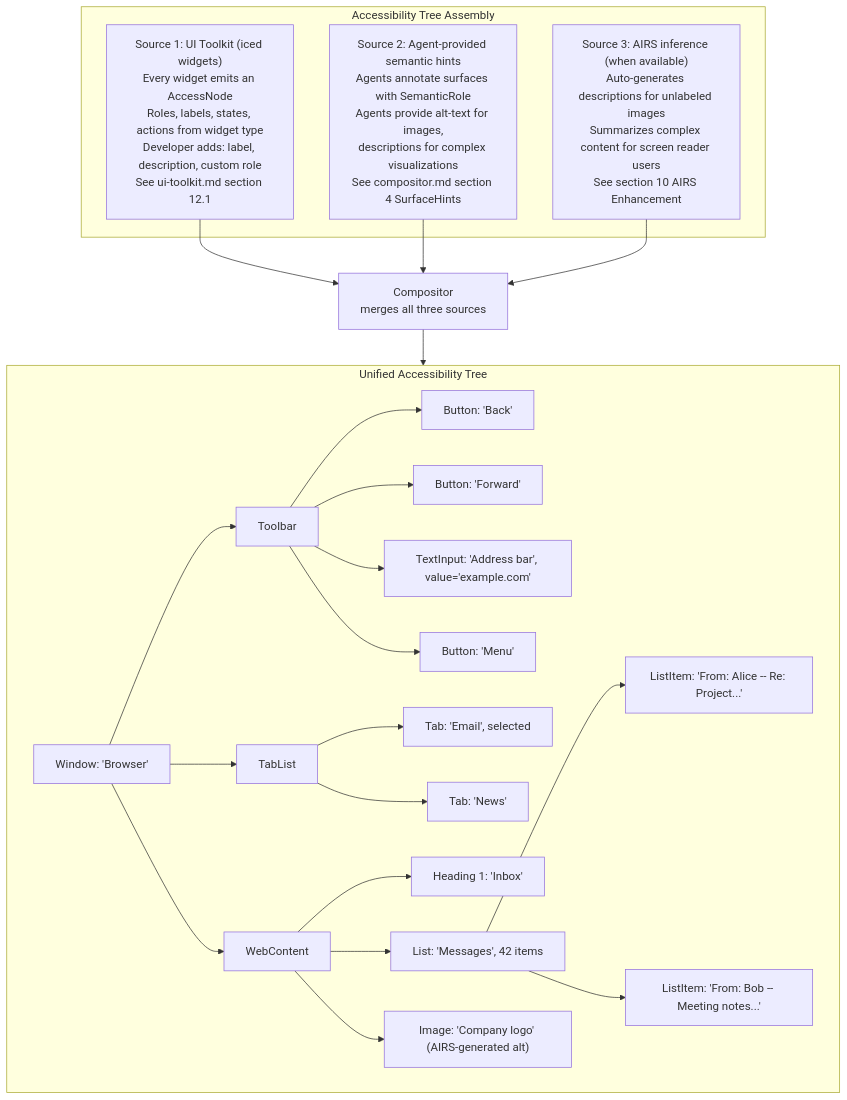
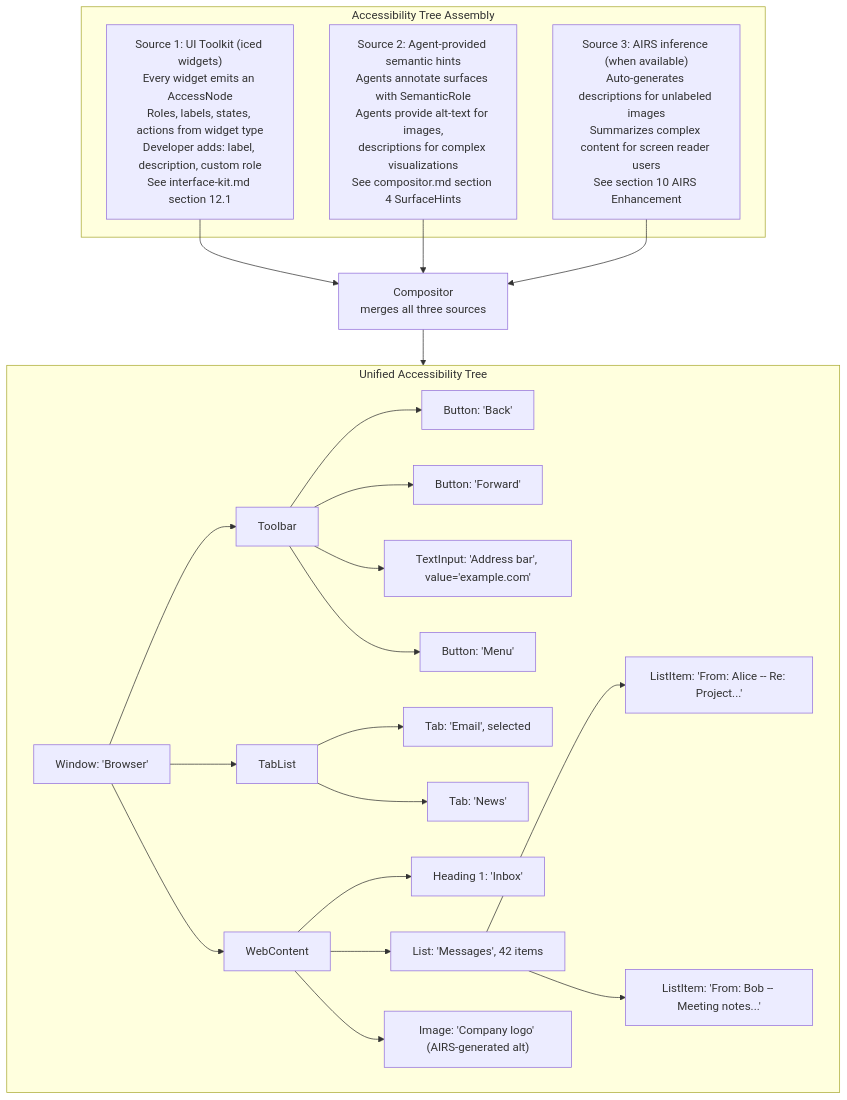
The third of 3 diagrams in docs/experience/accessibility/system-integration.md (juslee/aios), drawn with Mermaid before and after one commit. The commit also changed 30 other files, not shown here.

First line of the commit message:
Docs: Rename ui-toolkit → interface-kit, split into hub + sub-docs, add research

````diff
--- a/docs/experience/accessibility/system-integration.md
+++ b/docs/experience/accessibility/system-integration.md
@@ -167,52 +167,52 @@
 ```mermaid
 flowchart TD
     subgraph Sources["Accessibility Tree Assembly"]
         S1["`Source 1: UI Toolkit (iced widgets)
 Every widget emits an AccessNode
 Roles, labels, states, actions from widget type
 Developer adds: label, description, custom role
-See ui-toolkit.md section 12.1`"]
+See interface-kit.md section 12.1`"]
         S2["`Source 2: Agent-provided semantic hints
 Agents annotate surfaces with SemanticRole
 Agents provide alt-text for images,
 descriptions for complex visualizations
 See compositor.md section 4 SurfaceHints`"]
         S3["`Source 3: AIRS inference (when available)
 Auto-generates descriptions for unlabeled images
 Summarizes complex content for screen reader users
 See section 10 AIRS Enhancement`"]
     end
 
     COMP["`Compositor
 merges all three sources`"]
 
     S1 --> COMP
     S2 --> COMP
     S3 --> COMP
 
     subgraph UAT["Unified Accessibility Tree"]
         W["Window: 'Browser'"]
         TB["Toolbar"]
         BK["Button: 'Back'"]
         FW["Button: 'Forward'"]
         AB["TextInput: 'Address bar', value='example.com'"]
         MN["Button: 'Menu'"]
         TL["TabList"]
         T1["Tab: 'Email', selected"]
         T2["Tab: 'News'"]
         WC["WebContent"]
         H1["Heading 1: 'Inbox'"]
         LS["List: 'Messages', 42 items"]
         LI1["ListItem: 'From: Alice -- Re: Project...'"]
         LI2["ListItem: 'From: Bob -- Meeting notes...'"]
         IMG["Image: 'Company logo' (AIRS-generated alt)"]
 
         W --> TB & TL & WC
         TB --> BK & FW & AB & MN
         TL --> T1 & T2
         WC --> H1 & LS & IMG
         LS --> LI1 & LI2
     end
 
     COMP --> UAT
 ```
````
